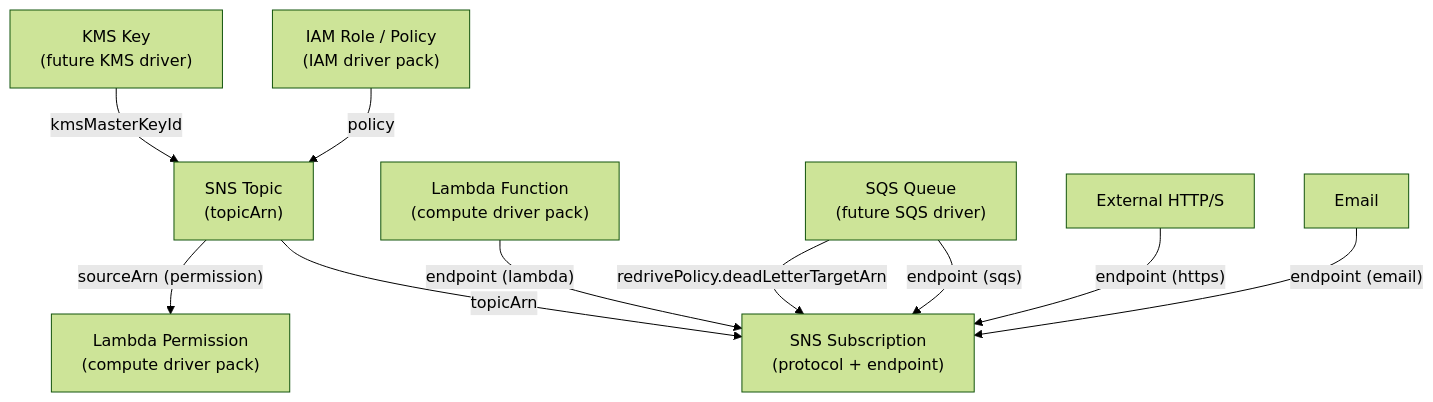
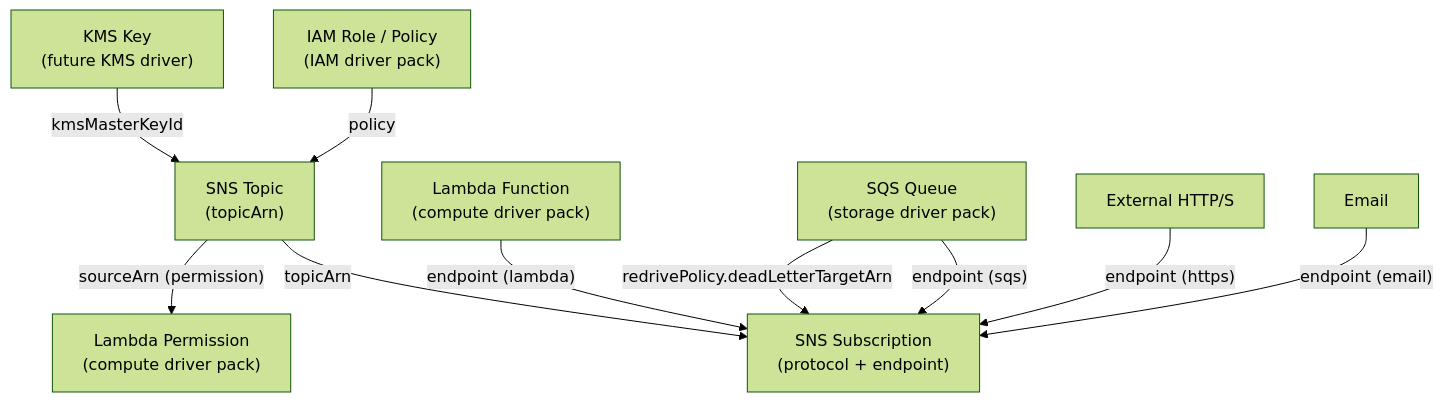
The diagram in docs/sns/SNS_DRIVER_PACK_OVERVIEW.md (shirvan/praxis), drawn with Mermaid (forest theme) before and after one commit. The commit also changed 32 other files, not shown here.

First line of the commit message:
feat: Implement SQS Queue Policy Driver

````diff
--- a/docs/sns/SNS_DRIVER_PACK_OVERVIEW.md
+++ b/docs/sns/SNS_DRIVER_PACK_OVERVIEW.md
@@ -42,12 +42,12 @@
 ```mermaid
 graph TD
     Topic["SNS Topic<br/>(topicArn)"] -->|"topicArn"| Sub["SNS Subscription<br/>(protocol + endpoint)"]
     IAM["IAM Role / Policy<br/>(IAM driver pack)"] -->|"policy"| Topic
     KMS["KMS Key<br/>(future KMS driver)"] -->|"kmsMasterKeyId"| Topic
     Lambda["Lambda Function<br/>(compute driver pack)"] -->|"endpoint (lambda)"| Sub
-    SQS["SQS Queue<br/>(future SQS driver)"] -->|"endpoint (sqs)"| Sub
+    SQS["SQS Queue<br/>(storage driver pack)"] -->|"endpoint (sqs)"| Sub
     SQS -->|"redrivePolicy.deadLetterTargetArn"| Sub
     HTTP["External HTTP/S"] -->|"endpoint (https)"| Sub
     Email["Email"] -->|"endpoint (email)"| Sub
     Topic -->|"sourceArn (permission)"| LambdaPerm["Lambda Permission<br/>(compute driver pack)"]
 ```
````
